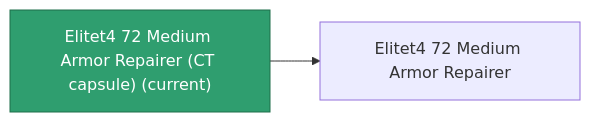
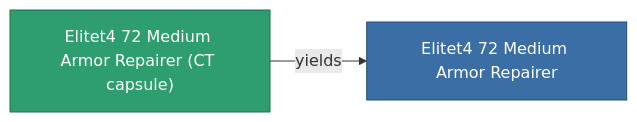
The diagram in content/content/items/elitet4_72_medium_armor_repairer_CT_capsule.md (OpenPerpetuum/Wiki), drawn with Mermaid before and after one commit. The commit also changed other lines of this file and 2015 other files, not shown here.

````diff
--- a/content/content/items/elitet4_72_medium_armor_repairer_CT_capsule.md
+++ b/content/content/items/elitet4_72_medium_armor_repairer_CT_capsule.md
@@ -33,8 +33,9 @@
 ```mermaid
 graph LR
-    a["Elitet4 72 Medium Armor Repairer (CT capsule) (current)"]:::current
-    b["Elitet4 72 Medium Armor Repairer"]
-    a --> b
-    click b "/content/items/elitet4-72-medium-armor-repairer/" "Elitet4 72 Medium Armor Repairer"
+    a["Elitet4 72 Medium Armor Repairer (CT capsule)"]:::current
+    b["Elitet4 72 Medium Armor Repairer"]:::finished
+    a -->|yields| b
+                click b "/content/items/elitet4-72-medium-armor-repairer/" "Elitet4 72 Medium Armor Repairer"
     classDef current fill:#2f9e6f,stroke:#1f6f4a,color:#ffffff
+    classDef finished fill:#3b6ea5,stroke:#274a75,color:#ffffff
 ```
````
